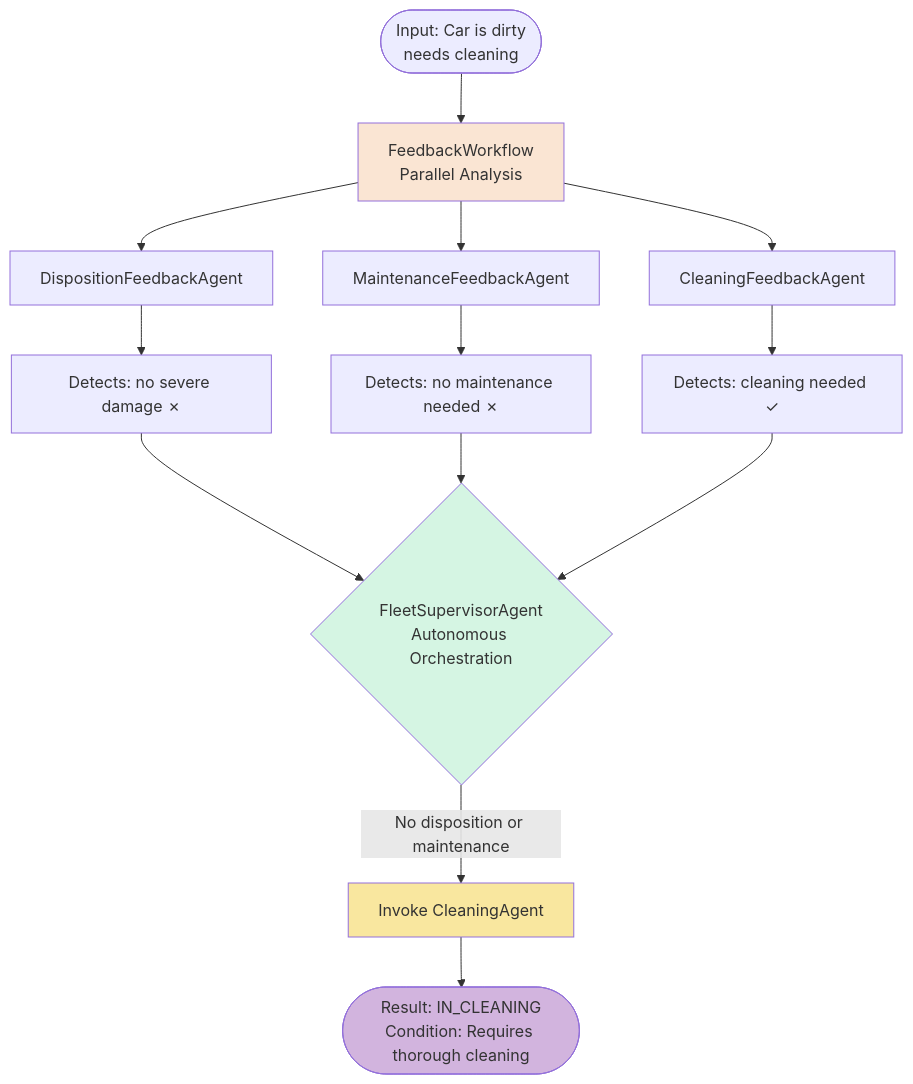
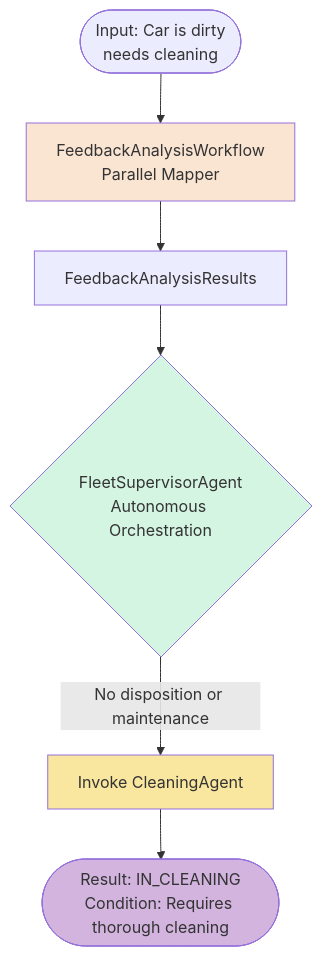
The fifth of 5 diagrams in docs/docs/section-2/step-04.md (quarkusio/quarkus-workshop-langchain4j), drawn with Mermaid before and after one commit. The commit also changed other lines of this file and 63 other files, not shown here.

First line of the commit message:
WIP: create single analysis agent with multiple parameters (#281)

````diff
--- a/docs/docs/section-2/step-04.md
+++ b/docs/docs/section-2/step-04.md
@@ -518,26 +580,16 @@
 ```mermaid
 flowchart TD
     Start([Input: Car is dirty<br/>needs cleaning])
-    
-    Start --> FW[FeedbackWorkflow<br/>Parallel Analysis]
-    
-    FW --> DFA[DispositionFeedbackAgent]
-    FW --> MFA[MaintenanceFeedbackAgent]
-    FW --> CFA[CleaningFeedbackAgent]
-    
-    DFA --> DR[Detects: no severe damage ✗]
-    MFA --> MR[Detects: no maintenance needed ✗]
-    CFA --> CR[Detects: cleaning needed ✓]
-    
-    DR --> FSA{FleetSupervisorAgent<br/>Autonomous Orchestration}
-    MR --> FSA
-    CR --> FSA
-    
+
+    Start --> FW[FeedbackAnalysisWorkflow<br/>Parallel Mapper]
+    FW --> Results[FeedbackAnalysisResults]
+    Results --> FSA{FleetSupervisorAgent<br/>Autonomous Orchestration}
+
     FSA -->|No disposition or maintenance| CA[Invoke CleaningAgent]
     CA --> Result([Result: IN_CLEANING<br/>Condition: Requires thorough cleaning])
-    
+
     style FW fill:#FAE5D3
     style FSA fill:#D5F5E3
     style CA fill:#F9E79F
     style Result fill:#D2B4DE
 ```
````
